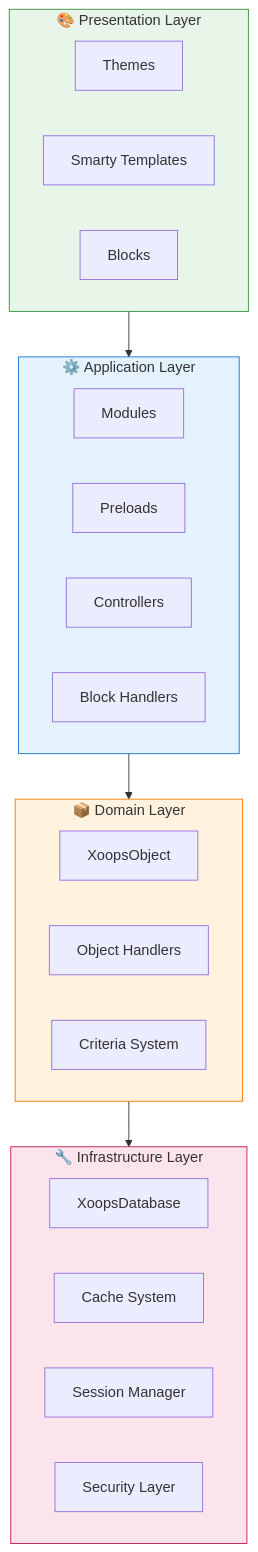
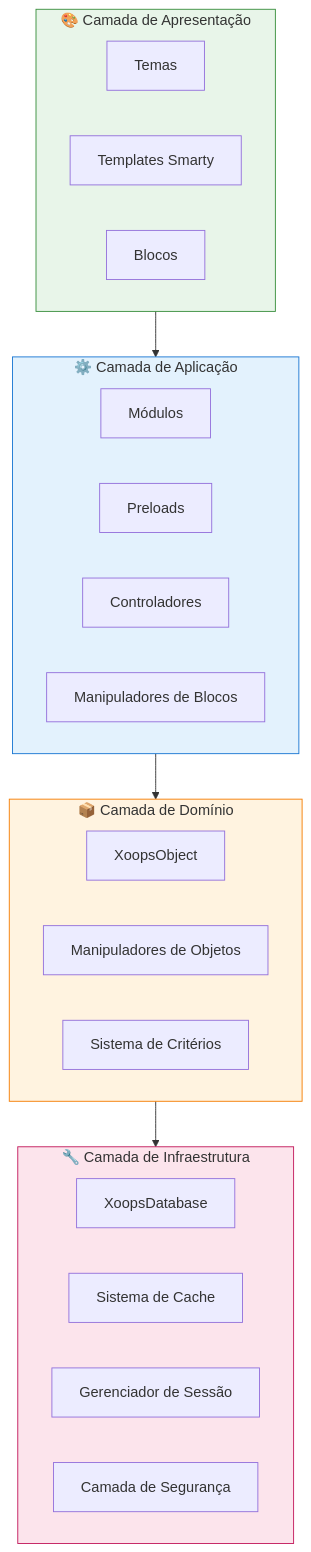
One commit to mambax7/xoops-docs changed the first of 2 diagrams in apps/docs-27/src/content/docs/pt/core-concepts/architecture.md. Above: the diagram before and after it, drawn with Mermaid. The commit also changed other lines of this file and 162 other files, not shown here.

````diff
--- a/apps/docs-27/src/content/docs/pt/core-concepts/architecture.md
+++ b/apps/docs-27/src/content/docs/pt/core-concepts/architecture.md
@@ -27,37 +27,37 @@
 ```mermaid
 graph TB
-    subgraph Presentation["🎨 Presentation Layer"]
-        Themes["Themes"]
-        Templates["Smarty Templates"]
-        Blocks["Blocks"]
+    subgraph Presentation["🎨 Camada de Apresentação"]
+        Themes["Temas"]
+        Templates["Templates Smarty"]
+        Blocks["Blocos"]
     end
 
-    subgraph Application["⚙️ Application Layer"]
-        Modules["Modules"]
+    subgraph Application["⚙️ Camada de Aplicação"]
+        Modules["Módulos"]
         Preloads["Preloads"]
-        Controllers["Controllers"]
-        BlockHandlers["Block Handlers"]
+        Controllers["Controladores"]
+        BlockHandlers["Manipuladores de Blocos"]
     end
 
-    subgraph Domain["📦 Domain Layer"]
+    subgraph Domain["📦 Camada de Domínio"]
         XoopsObject["XoopsObject"]
-        Handlers["Object Handlers"]
-        Criteria["Criteria System"]
+        Handlers["Manipuladores de Objetos"]
+        Criteria["Sistema de Critérios"]
     end
 
-    subgraph Infrastructure["🔧 Infrastructure Layer"]
+    subgraph Infrastructure["🔧 Camada de Infraestrutura"]
         Database["XoopsDatabase"]
-        Cache["Cache System"]
-        Session["Session Manager"]
-        Security["Security Layer"]
+        Cache["Sistema de Cache"]
+        Session["Gerenciador de Sessão"]
+        Security["Camada de Segurança"]
     end
 
     Presentation --> Application
     Application --> Domain
     Domain --> Infrastructure
 
     style Presentation fill:#e8f5e9,stroke:#388e3c
     style Application fill:#e3f2fd,stroke:#1976d2
     style Domain fill:#fff3e0,stroke:#f57c00
     style Infrastructure fill:#fce4ec,stroke:#c2185b
 ```
````
